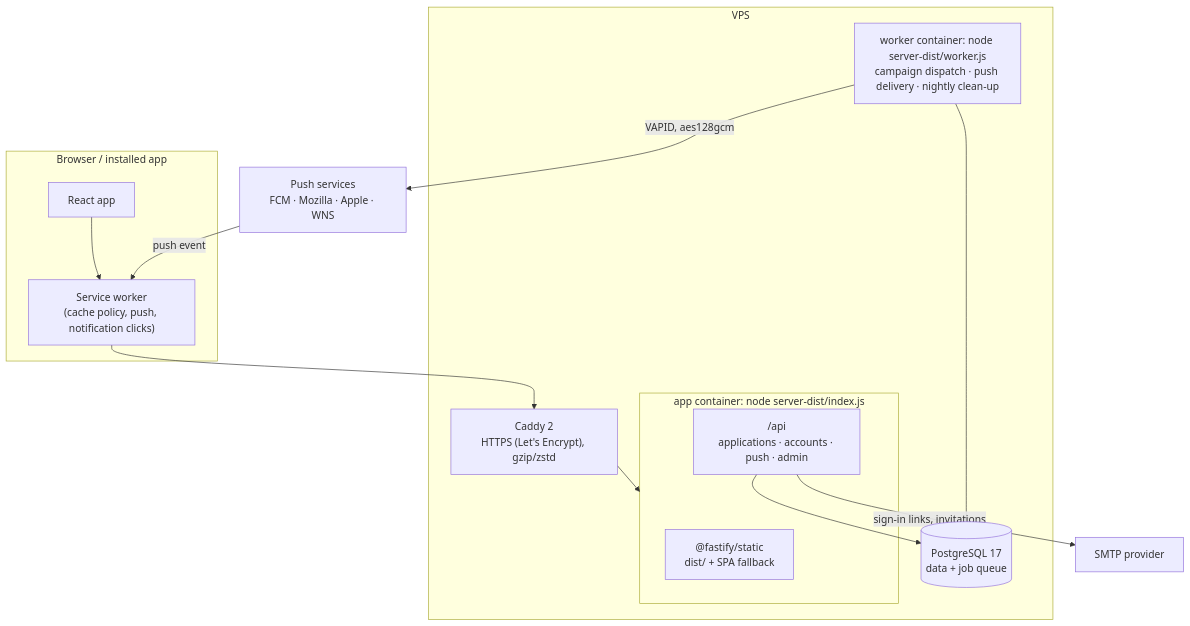
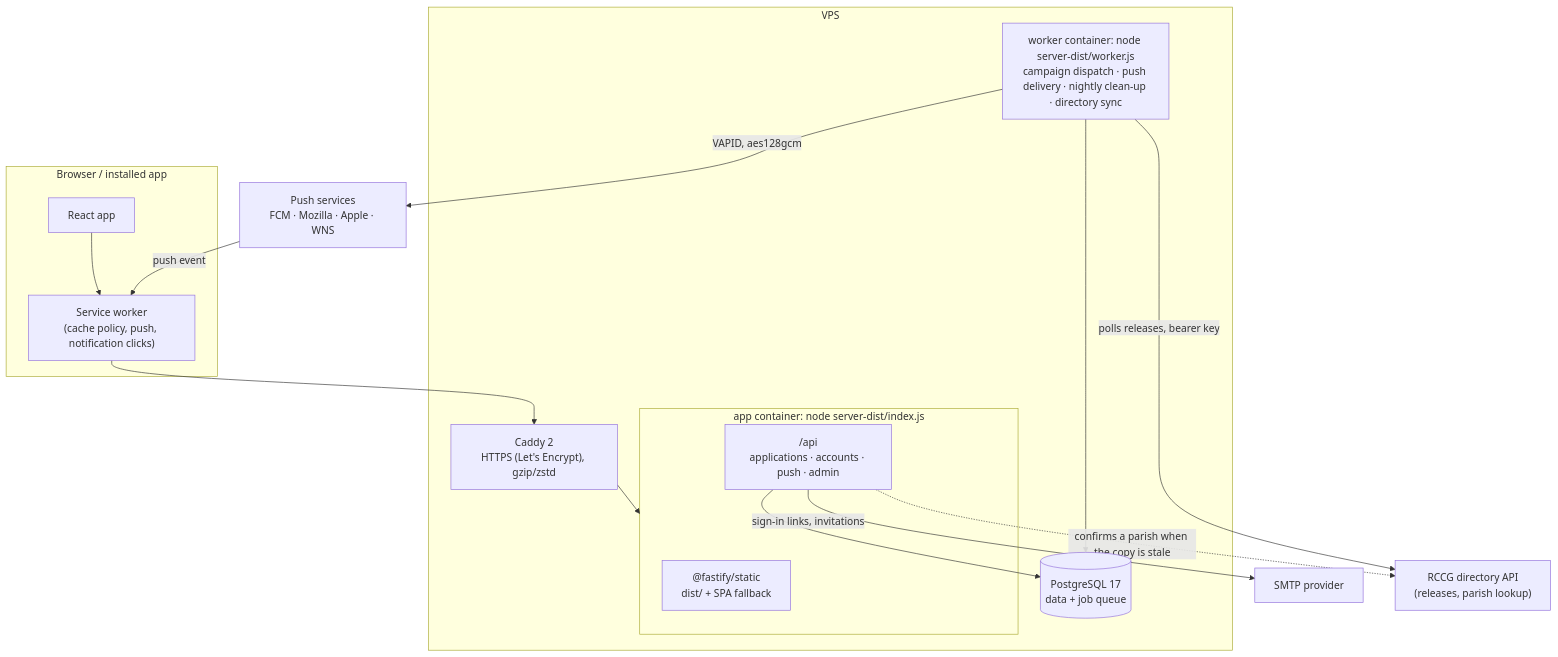
One commit to E310-Tech-Team/nyaya-sop changed the diagram in docs/02-TRD.md. Above: the diagram before and after it, drawn with Mermaid. The commit also changed other lines of this file and 41 other files, not shown here.

````diff
--- a/docs/02-TRD.md
+++ b/docs/02-TRD.md
@@ -45,23 +45,26 @@
 ```mermaid
 flowchart TB
     subgraph Device["Browser / installed app"]
         Page["React app"]
         SW["Service worker<br/>(cache policy, push, notification clicks)"]
     end
     subgraph VPS
         Caddy["Caddy 2<br/>HTTPS (Let's Encrypt), gzip/zstd"]
         subgraph App["app container: node server-dist/index.js"]
             Static["@fastify/static<br/>dist/ + SPA fallback"]
             API["/api<br/>applications · accounts · push · admin"]
         end
-        Worker["worker container: node server-dist/worker.js<br/>campaign dispatch · push delivery · nightly clean-up"]
+        Worker["worker container: node server-dist/worker.js<br/>campaign dispatch · push delivery · nightly clean-up · directory sync"]
         PG[("PostgreSQL 17<br/>data + job queue")]
     end
     Push["Push services<br/>FCM · Mozilla · Apple · WNS"]
     SMTP["SMTP provider"]
+    Directory["RCCG directory API<br/>(releases, parish lookup)"]
     Page --> SW --> Caddy --> App
     API --> PG
     Worker --> PG
     Worker -->|VAPID, aes128gcm| Push -->|push event| SW
     API -->|sign-in links, invitations| SMTP
+    Worker -->|polls releases, bearer key| Directory
+    API -.->|"confirms a parish when the copy is stale"| Directory
 ```
````
